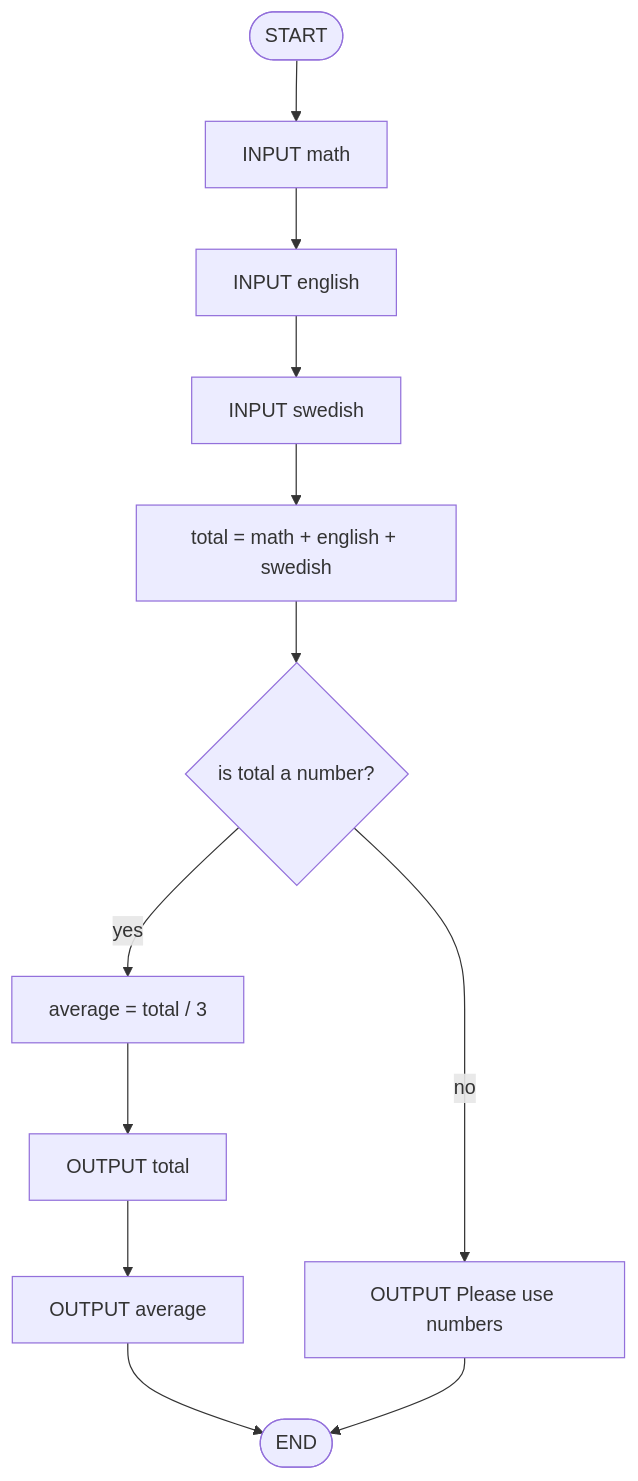
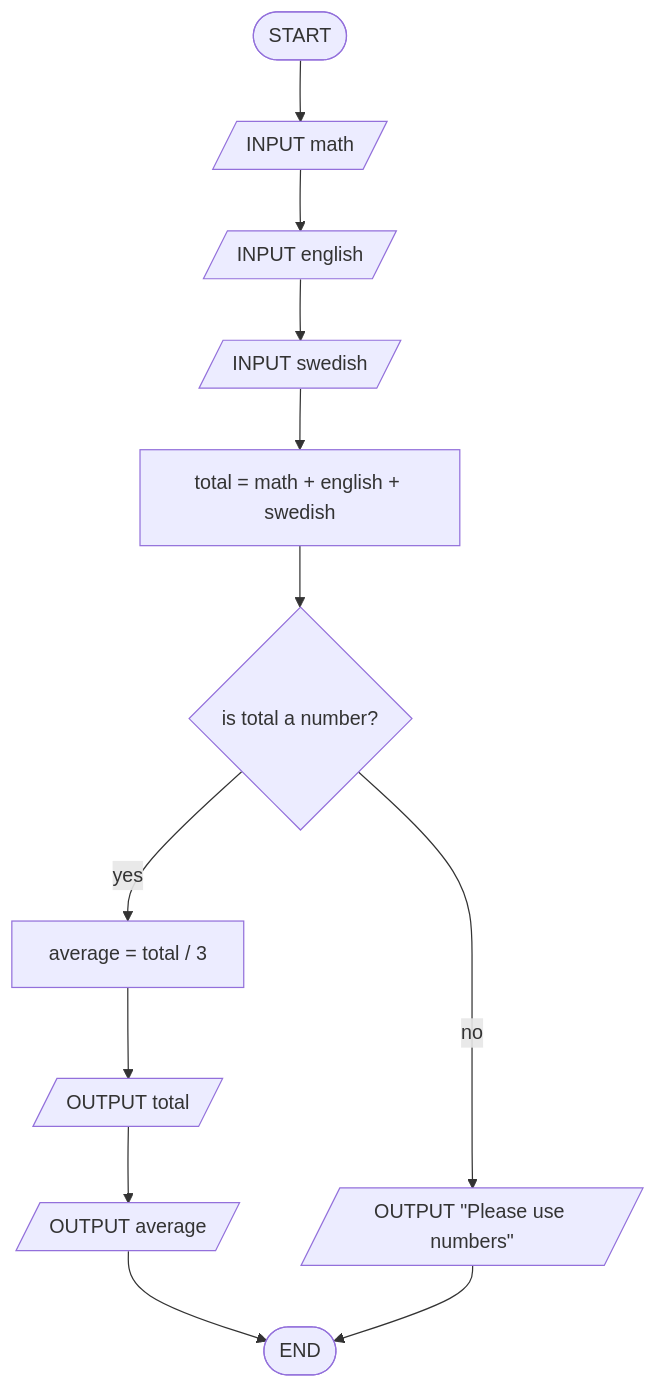
Before and after one commit to Matojotam/Workshop-Algorithm-and-flowchart: the second of 10 diagrams in README.md, drawn with Mermaid. The commit also changed other lines of this file, not shown here.

````diff
--- a/README.md
+++ b/README.md
@@ -57,14 +57,25 @@
 ```mermaid
 flowchart TB
-    Start(["START"]) --> InputMath["INPUT math"]
-    InputMath --> InputEnglish["INPUT english"]
-    InputEnglish --> InputSwedish["INPUT swedish"]
+
+    Start(["START"]) --> InputMath[/INPUT math/]
+
+    InputMath --> InputEnglish[/INPUT english/]
+
+    InputEnglish --> InputSwedish[/INPUT swedish/]
+
     InputSwedish --> CalcTotal["total = math + english + swedish"]
+
     CalcTotal --> CheckNumber{"is total a number?"}
-    CheckNumber -- yes --> CalcAverage["average = total / 3"]
-    CalcAverage --> OutputTotal["OUTPUT total"]
-    OutputTotal --> OutputAverage["OUTPUT average"]
+
+    CheckNumber -->|yes| CalcAverage["average = total / 3"]
+
+    CalcAverage --> OutputTotal[/OUTPUT total/]
+
+    OutputTotal --> OutputAverage[/OUTPUT average/]
+
     OutputAverage --> End(["END"])
-    CheckNumber -- no --> OutputError["OUTPUT Please use numbers"]
+
+    CheckNumber -->|no| OutputError[/OUTPUT "Please use numbers"/]
+
     OutputError --> End
 ```
````
